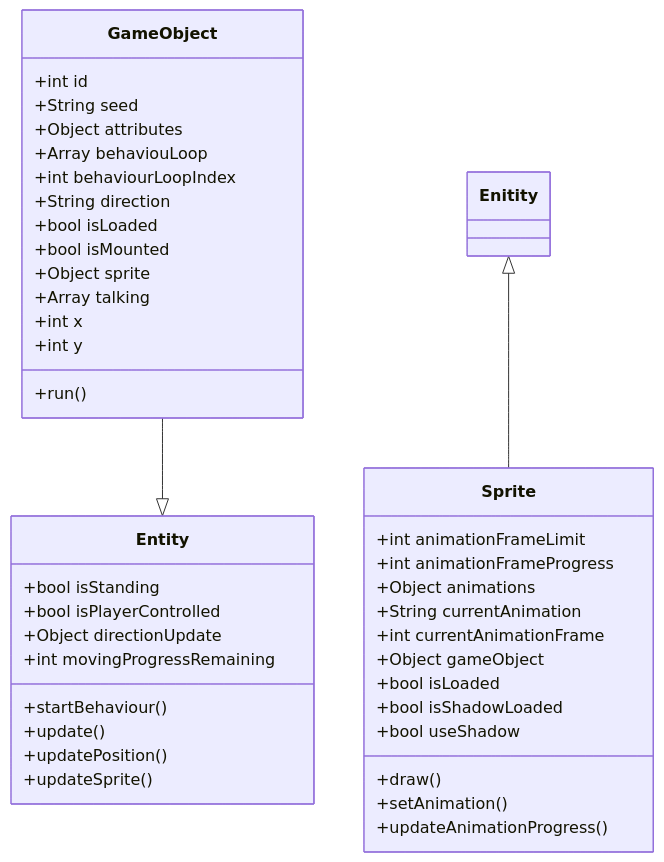
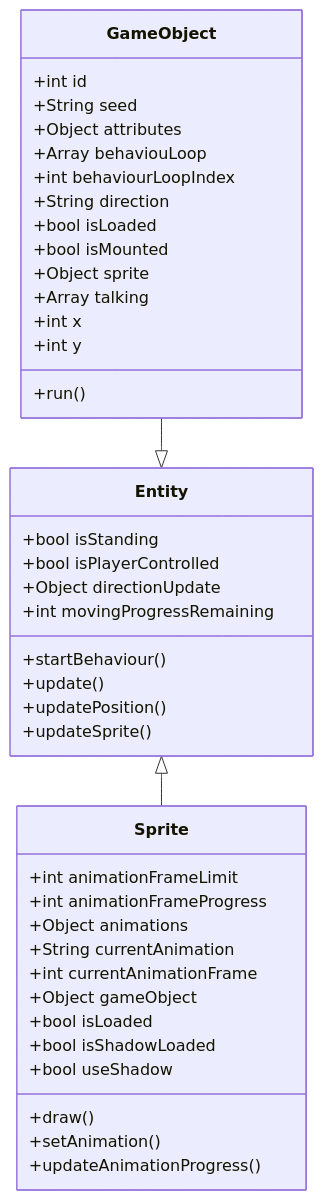
One commit to ITsPorky/land-of-zenethians-2d-rpg changed the second of 3 diagrams in README.md. Above: the diagram before and after it, drawn with Mermaid.

Commit message:
Added Battle and GameObject specific UML Diagrams

````diff
--- a/README.md
+++ b/README.md
@@ -233,42 +233,42 @@
 ```mermaid
     classDiagram
       GameObject --|> Entity
-      Enitity <|-- Sprite
+      Entity <|-- Sprite
         GameObject: +int id
         GameObject: +String seed
         GameObject: +Object attributes
         GameObject: +Array behaviouLoop
         GameObject: +int behaviourLoopIndex
         GameObject: +String direction
         GameObject: +bool isLoaded
         GameObject: +bool isMounted
         GameObject: +Object sprite
         GameObject: +Array talking
         GameObject: +int x
         GameObject: +int y
         GameObject: +run()
       class Entity{
           +bool isStanding
           +bool isPlayerControlled
           +Object directionUpdate
           +int movingProgressRemaining
           +startBehaviour()
           +update()
           +updatePosition()
           +updateSprite()
       }
       class Sprite{
           +int animationFrameLimit
           +int animationFrameProgress
           +Object animations
           +String currentAnimation
           +int currentAnimationFrame
           +Object gameObject
           +bool isLoaded
           +bool isShadowLoaded
           +bool useShadow
           +draw()
           +setAnimation()
           +updateAnimationProgress()
       }
 ```
````
